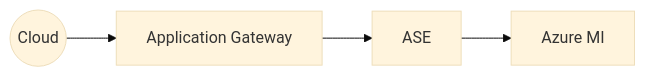
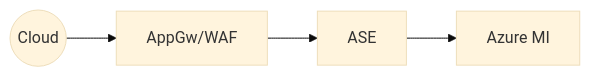
Before and after one commit to msalemor/app-services-networking: the sixth of 6 diagrams in README.md, drawn with Mermaid (base theme). The commit also changed other lines of this file, not shown here.

````diff
--- a/README.md
+++ b/README.md
@@ -122,6 +122,6 @@
 ```mermaid
 graph LR;
-    A((Cloud))-->B[Application Gateway];
+    A((Cloud))-->B[AppGw/WAF];
     B-->C[ASE];
     C-->D[Azure MI];
 ```
````
